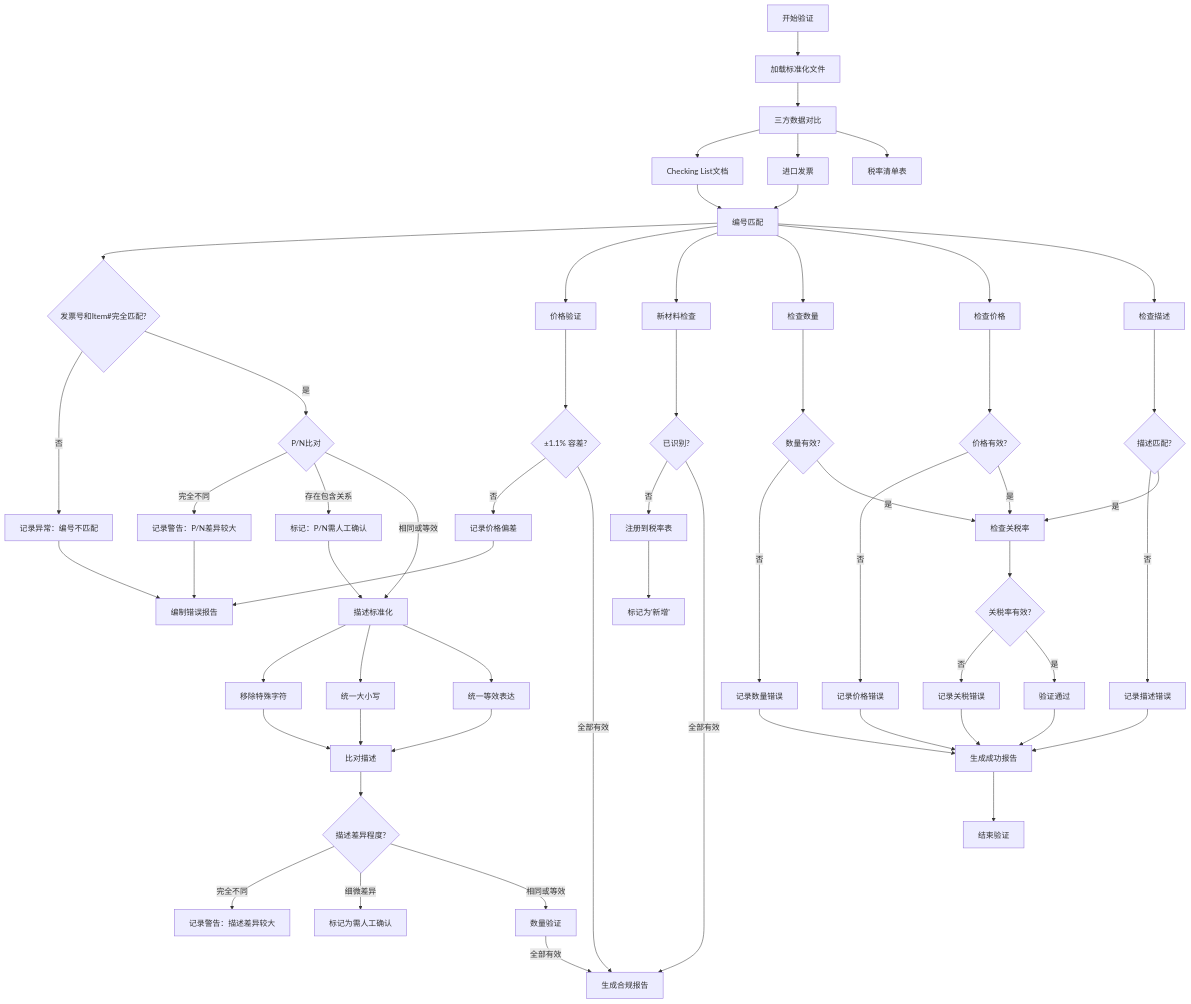
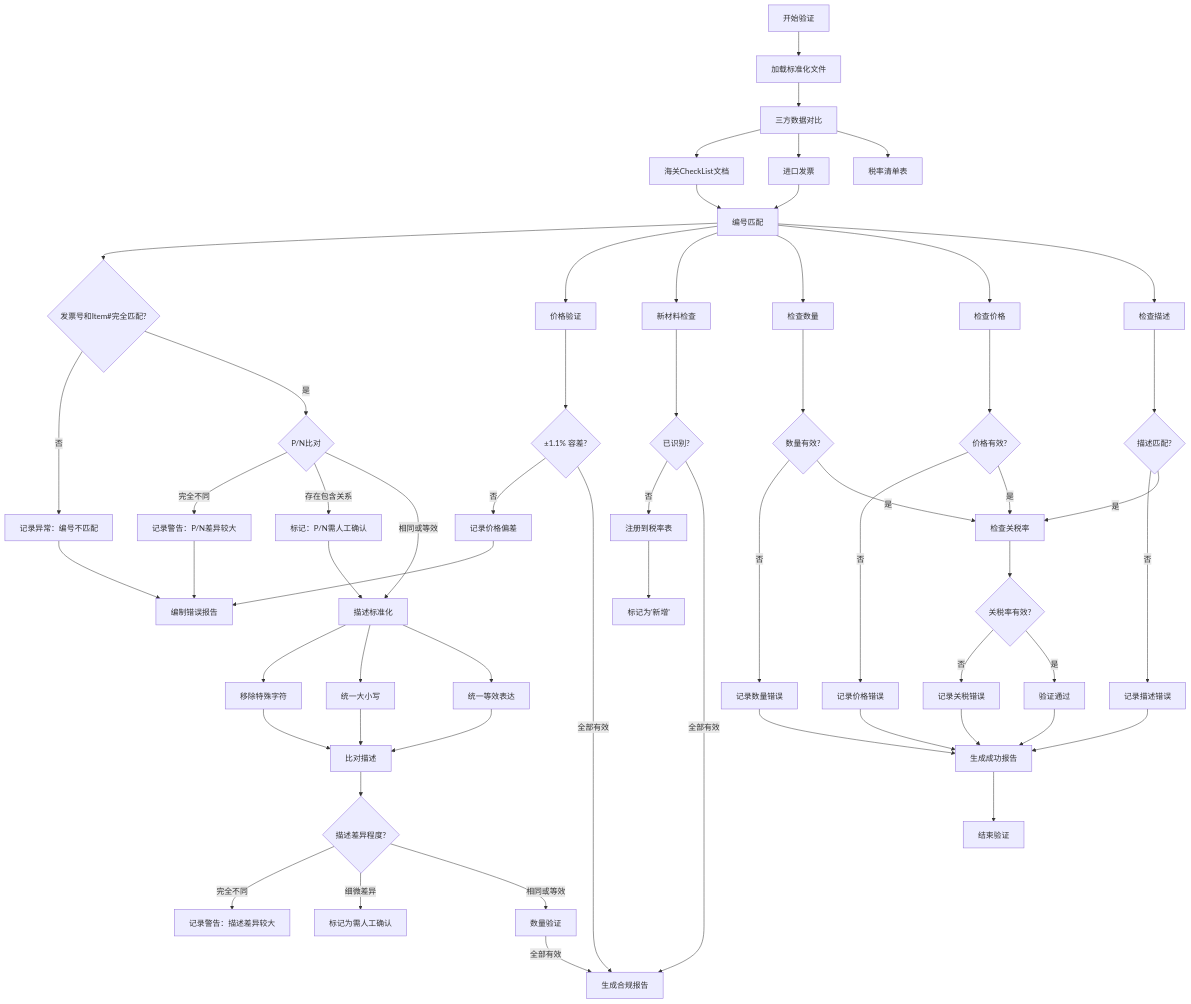
Before and after one commit to anlaganlag/checklist_invoice: the third of 3 diagrams in README_CN.md, drawn with Mermaid. The commit also changed other lines of this file and 12 other files, not shown here.

````diff
--- a/README_CN.md
+++ b/README_CN.md
@@ -99,61 +99,61 @@
 ```mermaid
 flowchart TD
     A[开始验证] --> B[加载标准化文件]
     B --> C[三方数据对比]
-    C --> D[Checking List文档]
+    C --> D[海关CheckList文档]
     C --> E[进口发票]
     C --> F[税率清单表]
     
     D --> G[编号匹配]
     E --> G
     G --> H1{发票号和Item#完全匹配?}
     H1 -->|否| I[记录异常：编号不匹配]
     H1 -->|是| H2{P/N比对}
     H2 -->|完全不同| I2[记录警告：P/N差异较大]
     H2 -->|存在包含关系| I3[标记：P/N需人工确认]
     H2 -->|相同或等效| J[描述标准化]
     
     I3 --> J
     J --> K[移除特殊字符]
     J --> L[统一大小写]
     J --> L2[统一等效表达]
     K & L & L2 --> M[比对描述]
     M --> M2{描述差异程度?}
     M2 -->|完全不同| M3[记录警告：描述差异较大]
     M2 -->|细微差异| M4[标记为需人工确认]
     M2 -->|相同或等效| N[数量验证]
     
     G --> O[价格验证]
     O --> P{±1.1% 容差?}
     P -->|否| Q[记录价格偏差]
     
     G --> R[新材料检查]
     R --> S{已识别?}
     S -->|否| T[注册到税率表]
     T --> U[标记为'新增']
     
     N & P & S -->|全部有效| V[生成合规报告]
     I & I2 & Q --> W[编制错误报告]
     
     G --> X[检查数量]
     G --> Y[检查价格]
     G --> Z[检查描述]
     
     X --> AA{数量有效?}
     Y --> AB{价格有效?}
     Z --> AC{描述匹配?}
     
     AA -->|否| AD[记录数量错误]
     AB -->|否| AE[记录价格错误]
     AC -->|否| AF[记录描述错误]
     
     AA & AB & AC -->|是| AG[检查关税率]
     AG --> AH{关税率有效?}
     AH -->|否| AI[记录关税错误]
     AH -->|是| AJ[验证通过]
     
     AD & AE & AF & AI --> AK[编制错误报告]
     AJ --> AK[生成成功报告]
     
     AK --> AL[结束验证]
 ```
````
